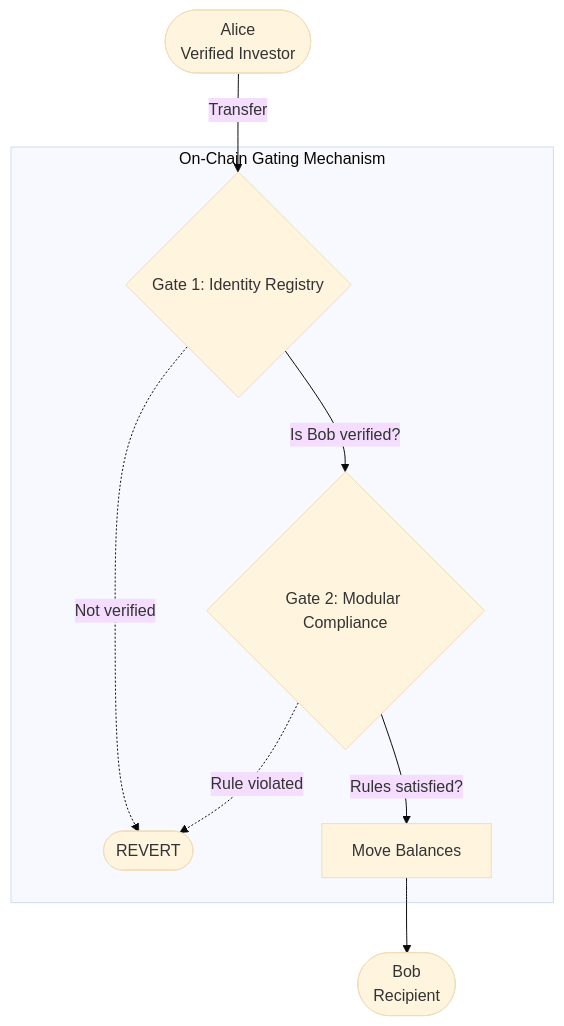
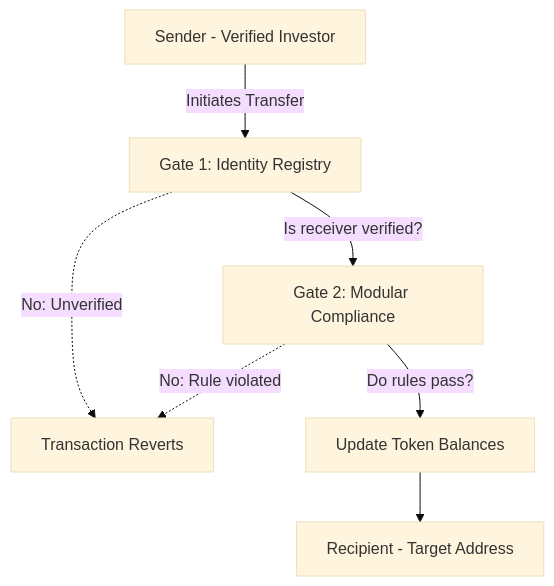
One commit to jevinjojo/AssetGate changed the diagram in README.md. Above: the diagram before and after it, drawn with Mermaid (base theme).

Commit message:
architecture diagram

````diff
--- a/README.md
+++ b/README.md
@@ -57,14 +57,12 @@
 ```mermaid
 flowchart TD
-    Alice([Alice <br/>Verified Investor]) -->|Transfer| Gate1
-
-    subgraph "On-Chain Gating Mechanism"
-    Gate1{Gate 1: Identity Registry}
-    Gate1 -- "Is Bob verified?" --> Gate2{Gate 2: Modular Compliance}
-    Gate1 -. "Not verified" .-> Revert([REVERT])
-    Gate2 -- "Rules satisfied?" --> Transfer[Move Balances]
-    Gate2 -. "Rule violated" .-> Revert
-    end
+    Sender[Sender - Verified Investor] -->|Initiates Transfer| Gate1[Gate 1: Identity Registry]
     
-    Transfer --> Bob([Bob <br/>Recipient])
+    Gate1 -->|Is receiver verified?| Gate2[Gate 2: Modular Compliance]
+    Gate1 -.->|No: Unverified| Revert[Transaction Reverts]
+    
+    Gate2 -->|Do rules pass?| Success[Update Token Balances]
+    Gate2 -.->|No: Rule violated| Revert
+    
+    Success --> Recipient[Recipient - Target Address]
 ```
````
